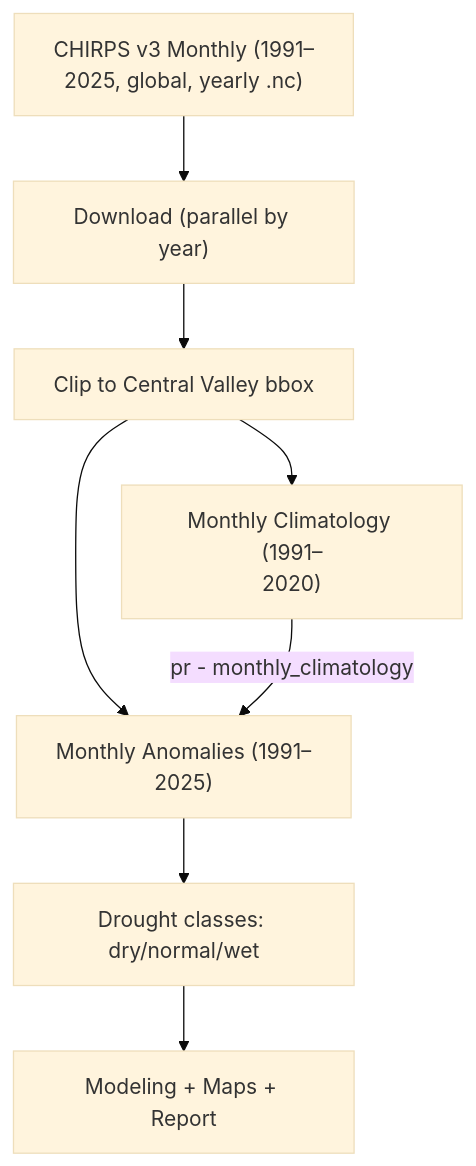
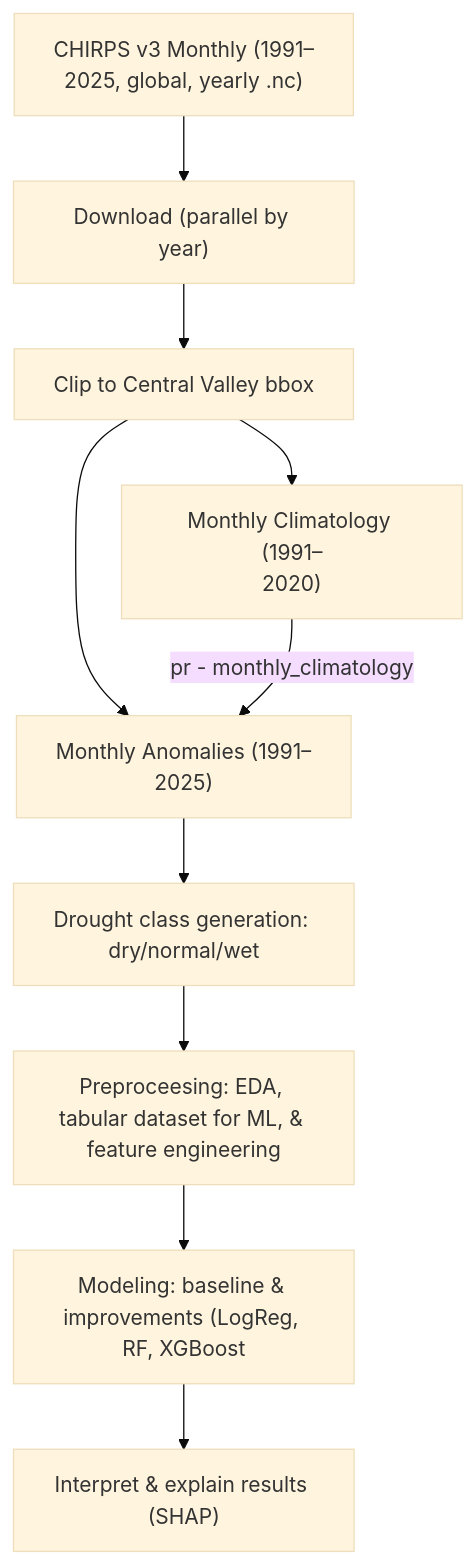
One commit to Ishtiaque-h/chirps-drought-classifier changed the diagram in README.md. Above: the diagram before and after it, drawn with Mermaid (base theme). The commit also changed other lines of this file, not shown here.

````diff
--- a/README.md
+++ b/README.md
@@ -65,19 +52,21 @@
 ```mermaid
 graph TD;
     A["CHIRPS v3 Monthly (1991–
 2025, global, yearly .nc)"] --> B["Download (parallel by year)"];
     B --> C["Clip to Central Valley bbox"];
     
     %% This is the key branching part
     C --> D["Monthly Climatology (1991–
 2020)"];
     C --> E["Monthly Anomalies (1991–
 2025)"];
     
     %% This is the calculation step
     D --> |"pr - monthly_climatology"| E;
     
     %% This is the rest of the flow
-    E --> F["Drought classes: dry/normal/wet"];
-    F --> G["Modeling + Maps + Report"];
-```                                   
+    E --> F["Drought class generation: dry/normal/wet"];
+    F --> G["Preproceesing: EDA, tabular dataset for ML, & feature engineering"]
+    G --> H["Modeling: baseline & improvements (LogReg, RF, XGBoost"];
+    H --> I["Interpret & explain results (SHAP)"]
+```
````
